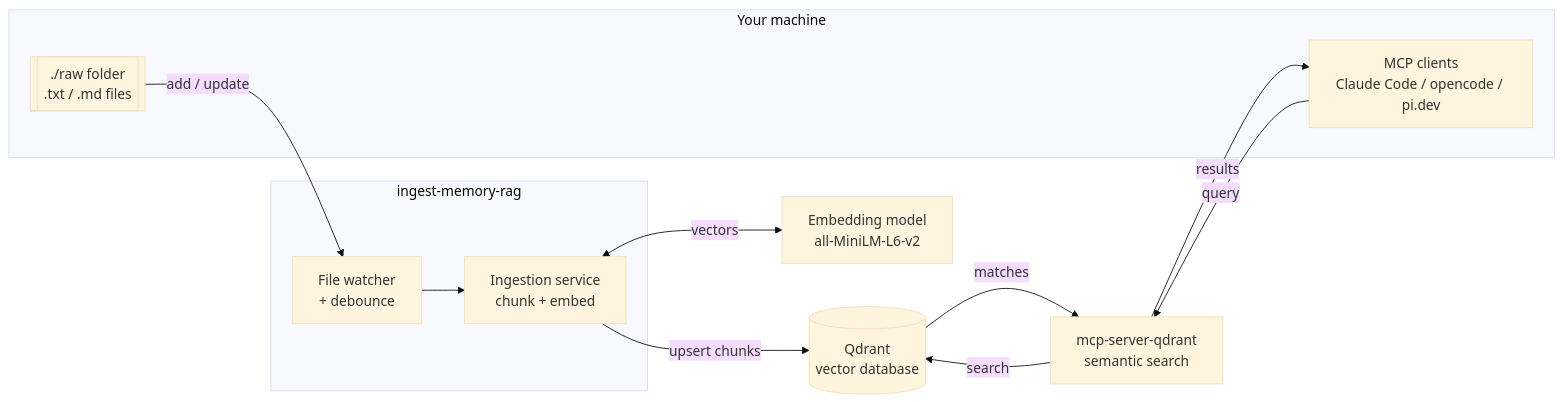
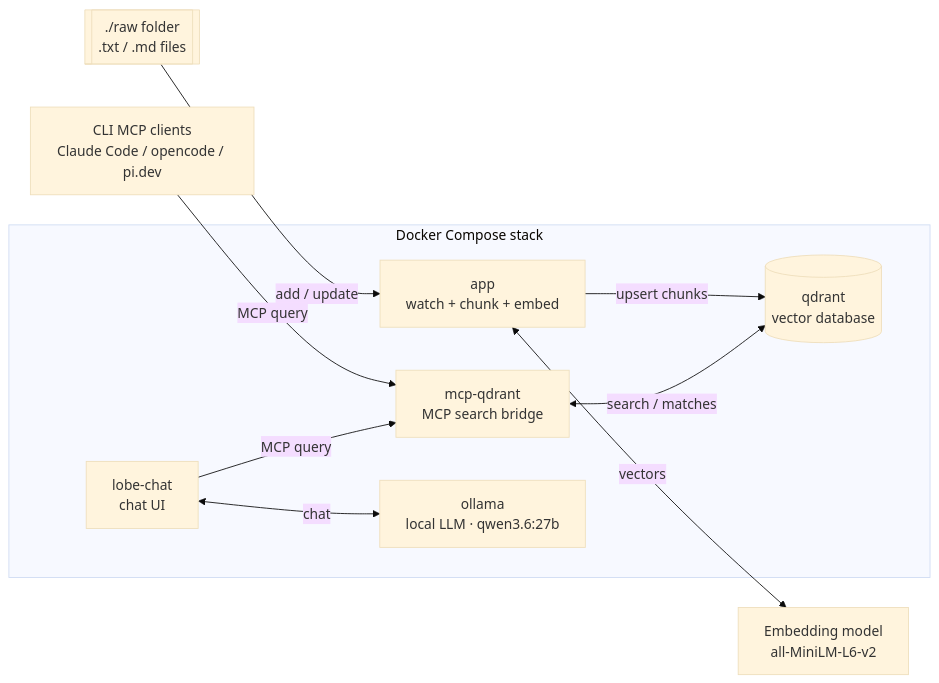
One commit to carlessanagustin/ingest-memory-rag changed the first of 2 diagrams in README.md. Above: the diagram before and after it, drawn with Mermaid (base theme). The commit also changed other lines of this file and 4 other files, not shown here.

First line of the commit message:
docs: sync README with the compose stack and fix Haystack drift (TASK-25..27)

````diff
--- a/README.md
+++ b/README.md
@@ -18,26 +23,23 @@
 ```mermaid
 flowchart LR
-    subgraph host["Your machine"]
-        raw[["./raw folder<br/>.txt / .md files"]]
-        clients["MCP clients<br/>Claude Code / opencode / pi.dev"]
+    raw[["./raw folder<br/>.txt / .md files"]]
+    cli["CLI MCP clients<br/>Claude Code / opencode / pi.dev"]
+    model["Embedding model<br/>all-MiniLM-L6-v2"]
+
+    subgraph stack["Docker Compose stack"]
+        app["app<br/>watch + chunk + embed"]
+        qdrant[("qdrant<br/>vector database")]
+        mcp["mcp-qdrant<br/>MCP search bridge"]
+        lobe["lobe-chat<br/>chat UI"]
+        ollama["ollama<br/>local LLM · qwen3.6:27b"]
     end
 
-    subgraph app["ingest-memory-rag"]
-        watch["File watcher<br/>+ debounce"]
-        ingest["Ingestion service<br/>chunk + embed"]
-    end
+    raw -->|add / update| app
+    app <-->|vectors| model
+    app -->|upsert chunks| qdrant
 
-    model["Embedding model<br/>all-MiniLM-L6-v2"]
-    mcp["mcp-server-qdrant<br/>semantic search"]
-    qdrant[("Qdrant<br/>vector database")]
-
-    raw -->|add / update| watch
-    watch --> ingest
-    ingest <-->|vectors| model
-    ingest -->|upsert chunks| qdrant
-
-    clients -->|query| mcp
-    mcp -->|search| qdrant
-    qdrant -->|matches| mcp
-    mcp -->|results| clients
+    cli -->|MCP query| mcp
+    lobe -->|MCP query| mcp
+    mcp <-->|search / matches| qdrant
+    lobe <-->|chat| ollama
 ```
````
